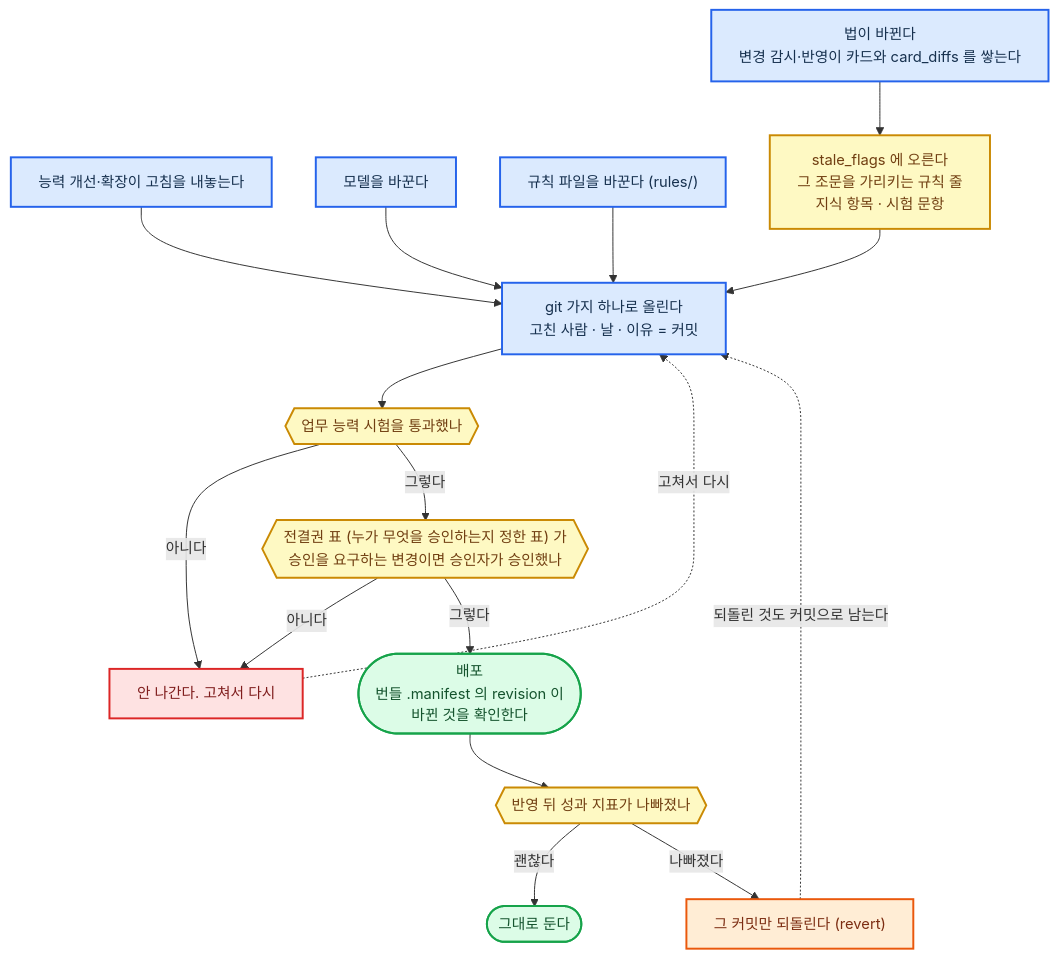
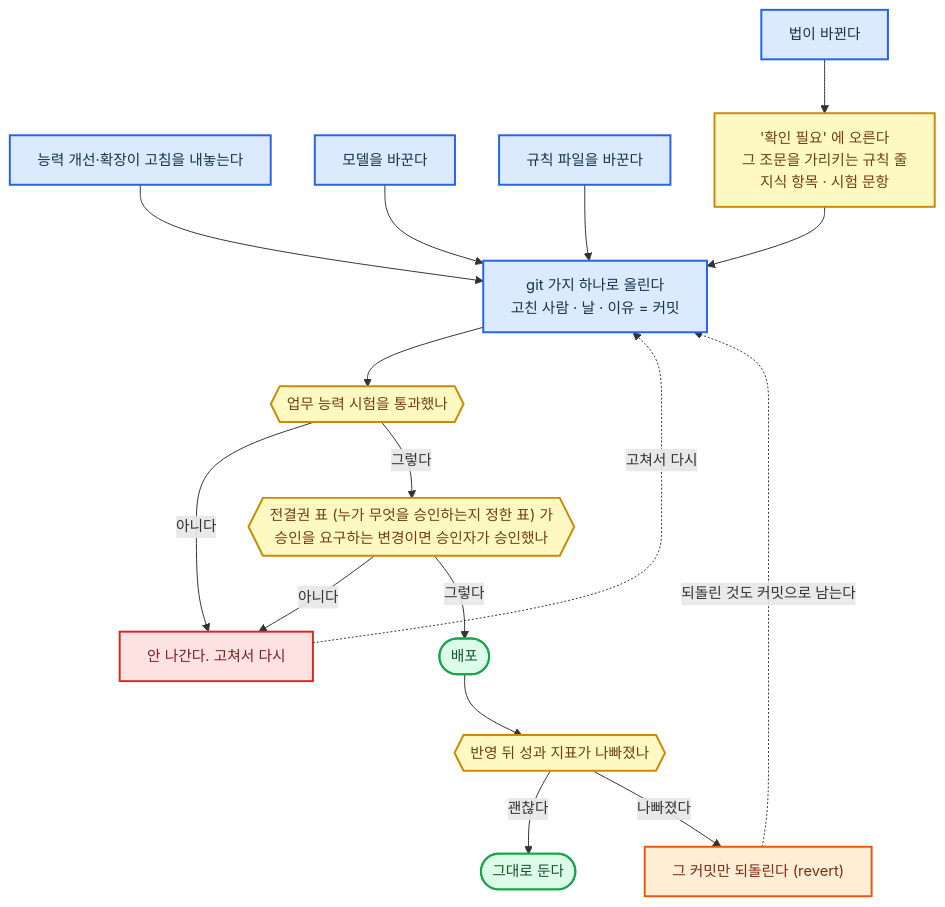
The first of 10 diagrams in 전문가 에이전트 정의 2.md (harisbaguette/expert), drawn with Mermaid before and after one commit. The commit also changed other lines of this file, not shown here.

````diff
--- a/전문가 에이전트 정의 2.md
+++ b/전문가 에이전트 정의 2.md
@@ -636,39 +250,39 @@
 ```mermaid
 %%{init: {"flowchart": {"wrappingWidth": 640, "curve": "basis", "nodeSpacing": 45, "rankSpacing": 55, "padding": 14, "useMaxWidth": true}, "themeVariables": {"fontSize": "15px"}} }%%
 flowchart TB
-    C1["법이 바뀐다<br/>변경 감시·반영이 카드와 card_diffs 를 쌓는다"]:::main
+    C1["법이 바뀐다"]:::main
     C2["능력 개선·확장이 고침을 내놓는다"]:::main
     C3["모델을 바꾼다"]:::main
-    C4["규칙 파일을 바꾼다 (rules/)"]:::main
-    F["stale_flags 에 오른다<br/>그 조문을 가리키는 규칙 줄<br/>지식 항목 · 시험 문항"]:::note
+    C4["규칙 파일을 바꾼다"]:::main
+    F["'확인 필요' 에 오른다<br/>그 조문을 가리키는 규칙 줄<br/>지식 항목 · 시험 문항"]:::note
     G["git 가지 하나로 올린다<br/>고친 사람 · 날 · 이유 = 커밋"]:::main
     T{{"업무 능력 시험을 통과했나"}}:::note
     A{{"전결권 표 (누가 무엇을 승인하는지 정한 표) 가<br/>승인을 요구하는 변경이면 승인자가 승인했나"}}:::note
     B["안 나간다. 고쳐서 다시"]:::stop
-    D(["배포<br/>번들 .manifest 의 revision 이<br/>바뀐 것을 확인한다"]):::good
+    D(["배포"]):::good
     W{{"반영 뒤 성과 지표가 나빠졌나"}}:::note
     R["그 커밋만 되돌린다 (revert)"]:::back
     OK(["그대로 둔다"]):::good
     B -. "고쳐서 다시" .-> G
     R -. "되돌린 것도 커밋으로 남는다" .-> G
     C1 --> F
     F --> G
     C2 --> G
     C3 --> G
     C4 --> G
     G --> T
     A -- "아니다" --> B
     T -- "아니다" --> B
     T -- "그렇다" --> A
     A -- "그렇다" --> D
     D --> W
     W -- "괜찮다" --> OK
     W -- "나빠졌다" --> R
     T ~~~ W
     classDef main fill:#dbeafe,stroke:#2563eb,stroke-width:2px,color:#17314f
     classDef stop fill:#fee2e2,stroke:#dc2626,stroke-width:2px,color:#7f1d1d
     classDef back fill:#ffedd5,stroke:#ea580c,stroke-width:2px,color:#7c2d12
     classDef store fill:#e5e7eb,stroke:#6b7280,stroke-width:2px,color:#1f2937
     classDef good fill:#dcfce7,stroke:#16a34a,stroke-width:2px,color:#14532d
     classDef note fill:#fef9c3,stroke:#ca8a04,stroke-width:2px,color:#713f12
 ```
````
